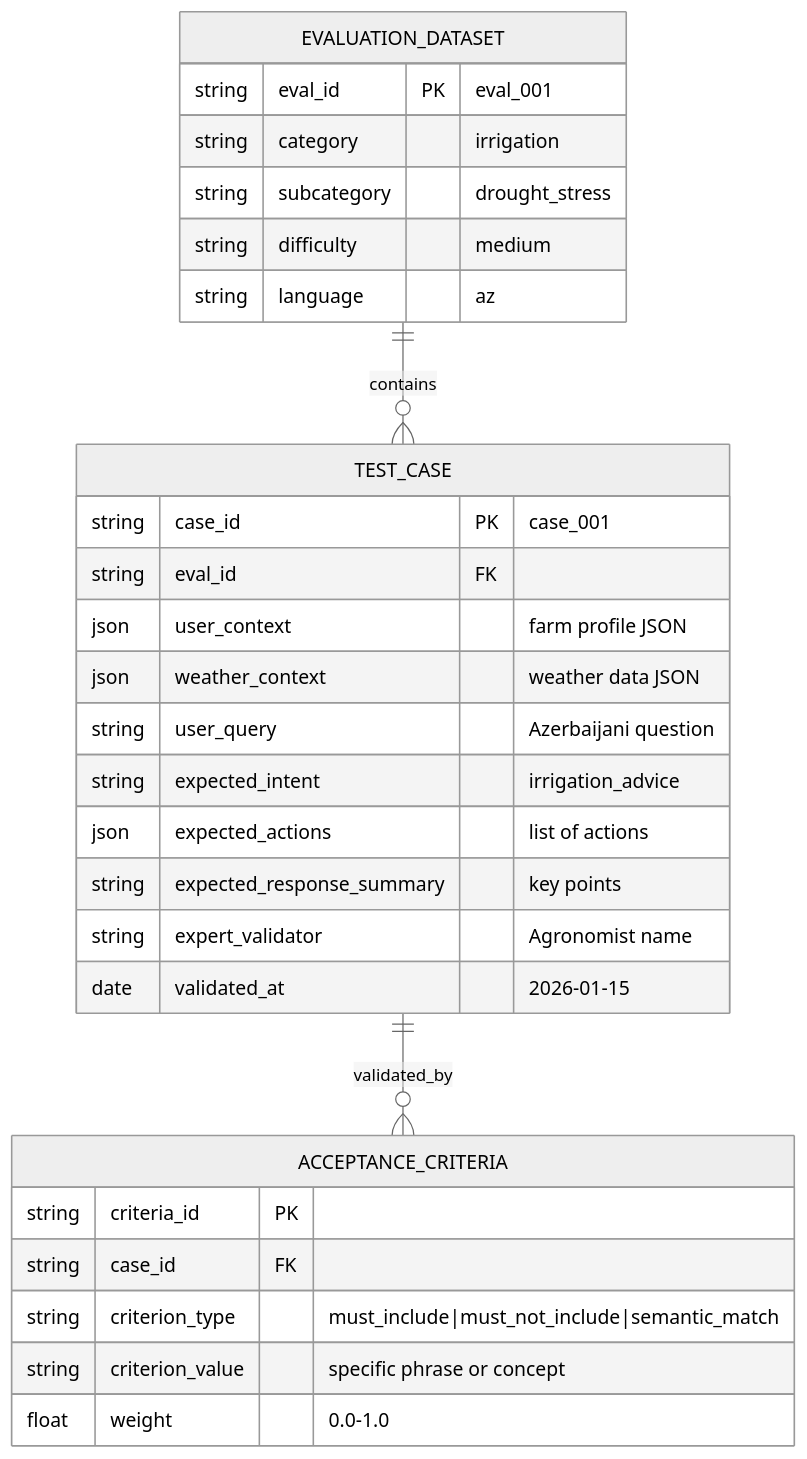
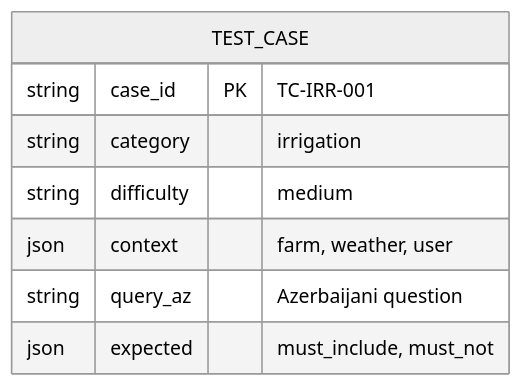
Before and after one commit to Px8Studio/yonja: the second of 2 diagrams in docs/zekalab/04-TESTING-STRATEGY.md, drawn with Mermaid. The commit also changed other lines of this file and 21 other files, not shown here.

Commit message:
Refactor documentation: Remove outdated welcome UI analysis and update README for ALEM project overview and architecture details

````diff
--- a/docs/zekalab/04-TESTING-STRATEGY.md
+++ b/docs/zekalab/04-TESTING-STRATEGY.md
@@ -63,35 +48,12 @@
 ```mermaid
 %%{init: {'theme': 'neutral'}}%%
 erDiagram
-    EVALUATION_DATASET {
-        string eval_id PK "eval_001"
+    TEST_CASE {
+        string case_id PK "TC-IRR-001"
         string category "irrigation"
-        string subcategory "drought_stress"
         string difficulty "medium"
-        string language "az"
+        json context "farm, weather, user"
+        string query_az "Azerbaijani question"
+        json expected "must_include, must_not"
     }
-    
-    TEST_CASE {
-        string case_id PK "case_001"
-        string eval_id FK
-        json user_context "farm profile JSON"
-        json weather_context "weather data JSON"
-        string user_query "Azerbaijani question"
-        string expected_intent "irrigation_advice"
-        json expected_actions "list of actions"
-        string expected_response_summary "key points"
-        string expert_validator "Agronomist name"
-        date validated_at "2026-01-15"
-    }
-    
-    ACCEPTANCE_CRITERIA {
-        string criteria_id PK
-        string case_id FK
-        string criterion_type "must_include|must_not_include|semantic_match"
-        string criterion_value "specific phrase or concept"
-        float weight "0.0-1.0"
-    }
-    
-    EVALUATION_DATASET ||--o{ TEST_CASE : "contains"
-    TEST_CASE ||--o{ ACCEPTANCE_CRITERIA : "validated_by"
 ```
````
